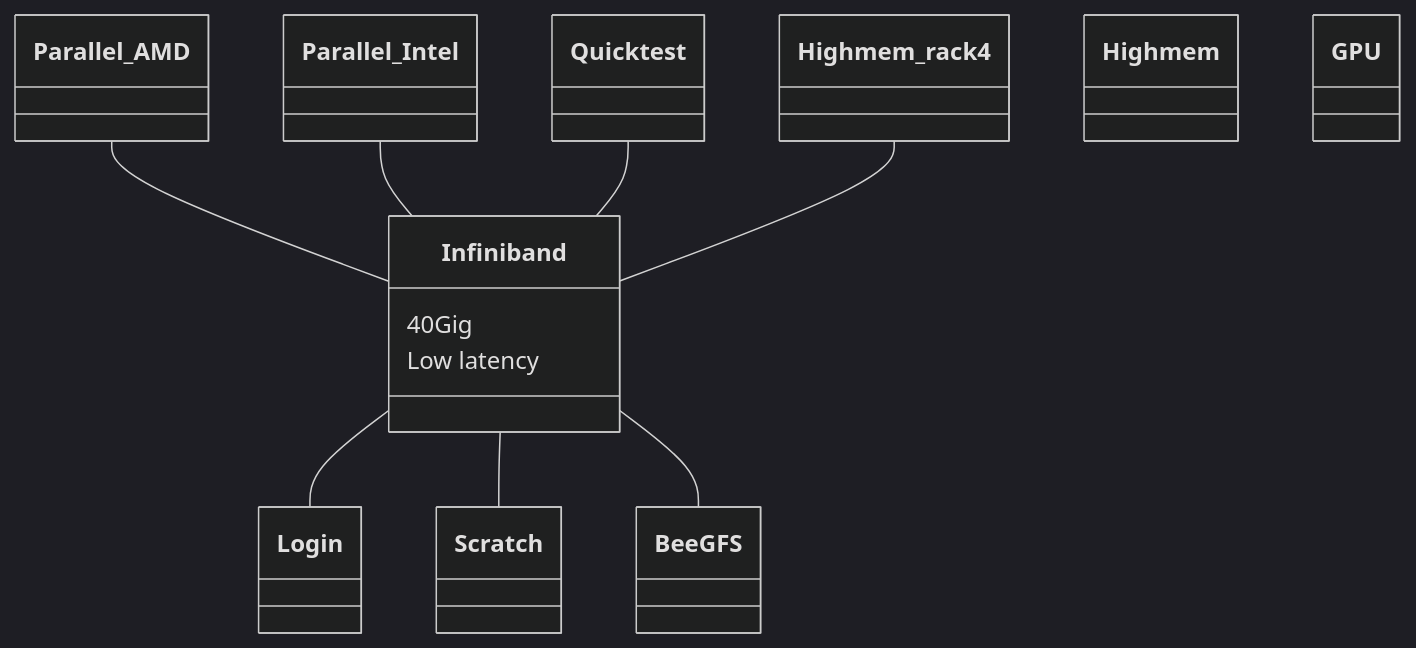
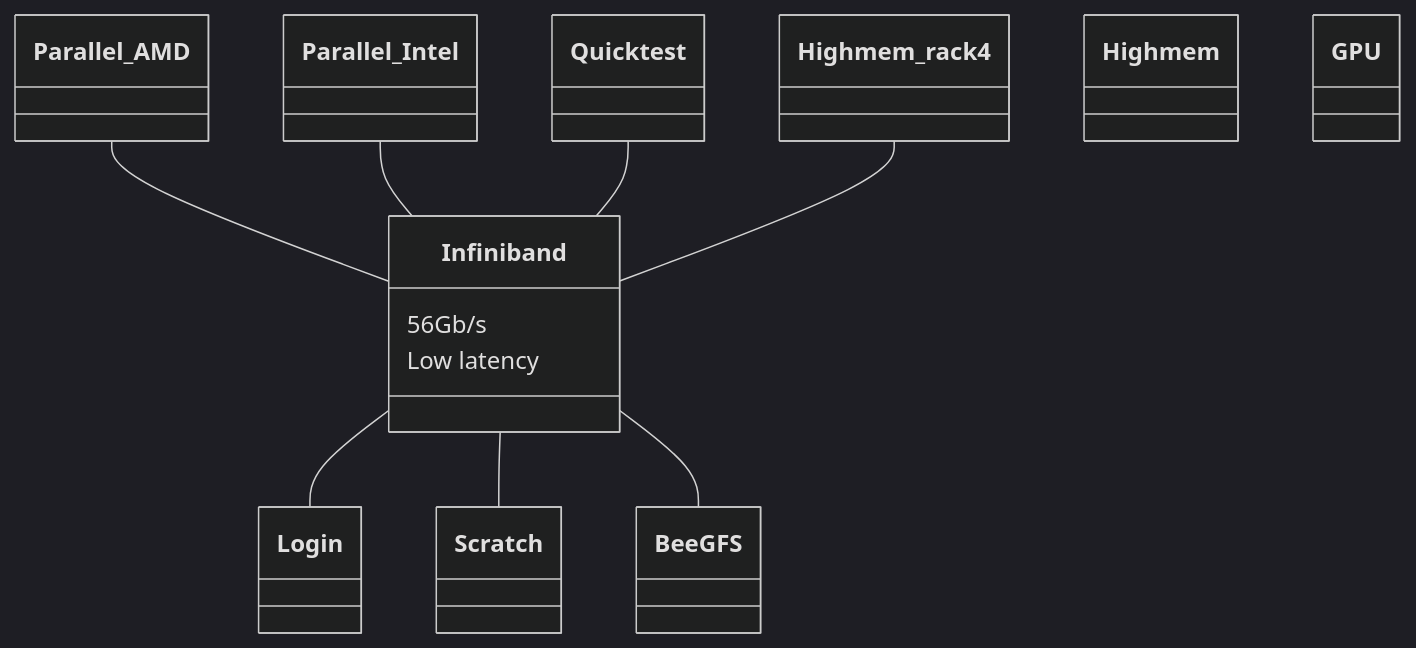
One commit to vuw-research-computing/raapoi-docs changed the third of 3 diagrams in docs/hpclayout.md. Above: the diagram before and after it, drawn with Mermaid (dark theme). The commit also changed other lines of this file, not shown here.

````diff
--- a/docs/hpclayout.md
+++ b/docs/hpclayout.md
@@ -204,32 +204,32 @@
 ```mermaid
 classDiagram    
     Parallel_AMD -- Infiniband
     Parallel_Intel -- Infiniband
     Quicktest -- Infiniband
     Highmem_rack4 -- Infiniband
     Infiniband -- Login
     Infiniband -- Scratch
     Infiniband -- BeeGFS
     class Infiniband{
-      40Gig
+      56Gb/s
       Low latency
     }
         class Scratch {
     }
     class BeeGFS {
     }
     class Login {
     }
     class Parallel_AMD {
     }
     class Parallel_Intel{
     }
     class Quicktest{
     }
     class Highmem{
     }
     class Highmem_rack4{
     }
     class GPU{
     }
 ```
````
